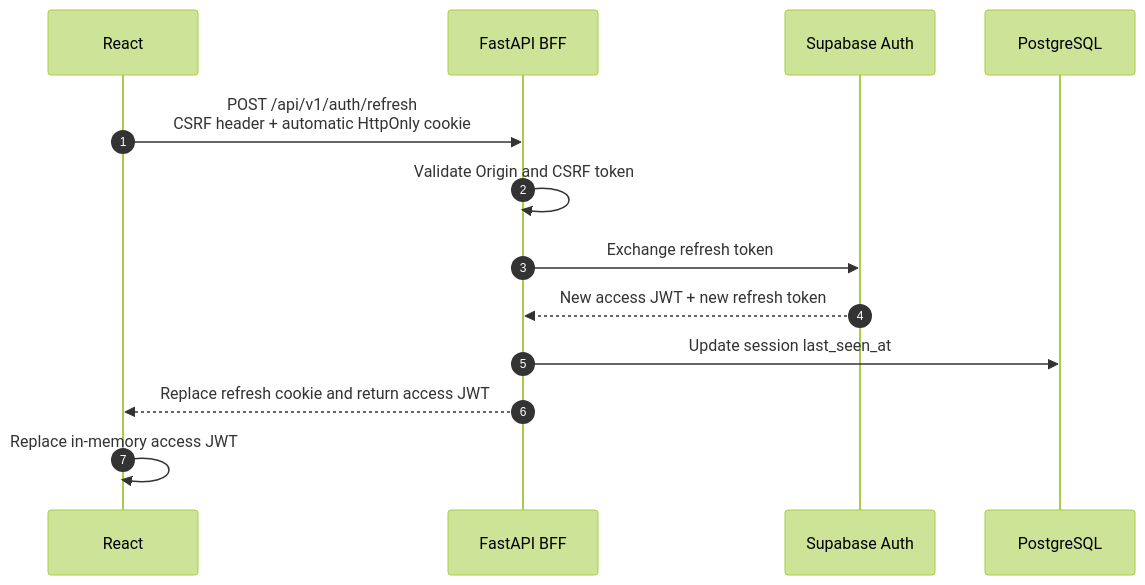
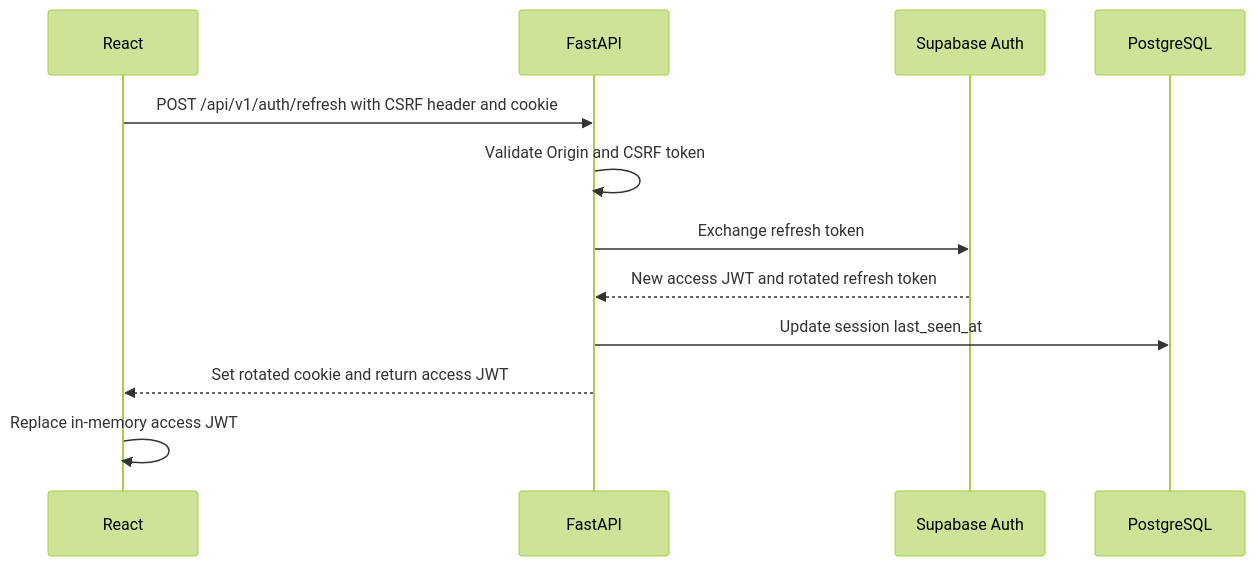
The fifth of 9 diagrams in docs/authentication-and-session-architecture.md (maheshdrago/blog-vault), drawn with Mermaid (forest theme) before and after one commit. The commit also changed other lines of this file and 59 other files, not shown here.

````diff
--- a/docs/authentication-and-session-architecture.md
+++ b/docs/authentication-and-session-architecture.md
@@ -273,16 +189,15 @@
 ```mermaid
 sequenceDiagram
-    autonumber
     participant R as React
-    participant F as FastAPI BFF
+    participant F as FastAPI
     participant S as Supabase Auth
     participant D as PostgreSQL
 
-    R->>F: POST /api/v1/auth/refresh<br/>CSRF header + automatic HttpOnly cookie
+    R->>F: POST /api/v1/auth/refresh with CSRF header and cookie
     F->>F: Validate Origin and CSRF token
     F->>S: Exchange refresh token
-    S-->>F: New access JWT + new refresh token
+    S-->>F: New access JWT and rotated refresh token
     F->>D: Update session last_seen_at
-    F-->>R: Replace refresh cookie and return access JWT
+    F-->>R: Set rotated cookie and return access JWT
     R->>R: Replace in-memory access JWT
 ```
````
